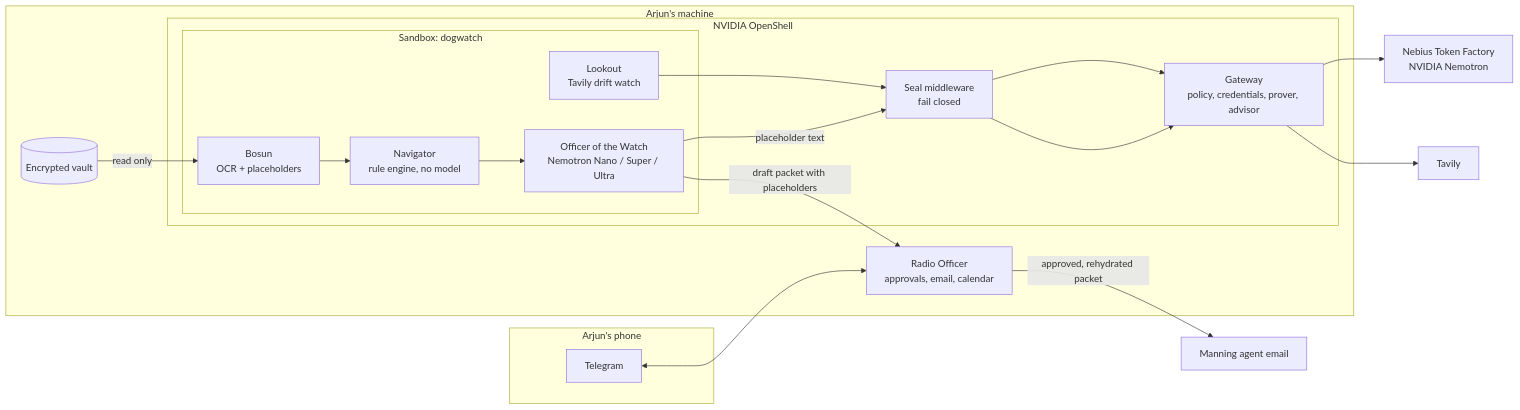
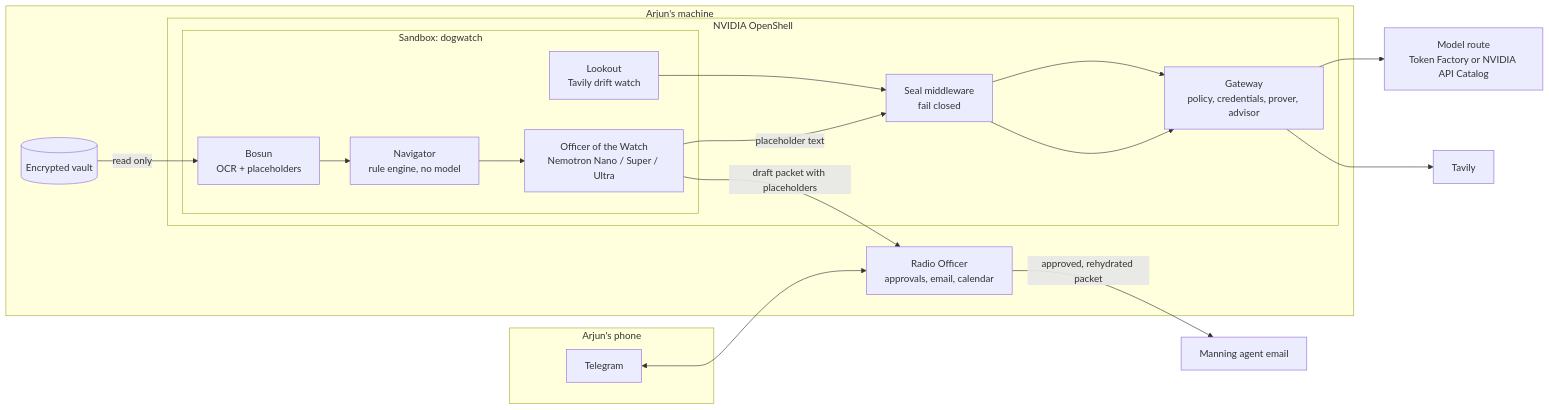
Before and after one commit to 0xkinno/dogwatch: the first of 2 diagrams in README.md, drawn with Mermaid. The commit also changed other lines of this file and 46 other files, not shown here.

````diff
--- a/README.md
+++ b/README.md
@@ -70,29 +73,29 @@
 ```mermaid
 flowchart LR
   subgraph Phone["Arjun's phone"]
     TG[Telegram]
   end
   subgraph Machine["Arjun's machine"]
     RO[Radio Officer<br/>approvals, email, calendar]
     V[(Encrypted vault)]
     subgraph OS["NVIDIA OpenShell"]
       GW[Gateway<br/>policy, credentials, prover, advisor]
       SEAL[Seal middleware<br/>fail closed]
       subgraph SB["Sandbox: dogwatch"]
         B[Bosun<br/>OCR + placeholders]
         N[Navigator<br/>rule engine, no model]
         W[Officer of the Watch<br/>Nemotron Nano / Super / Ultra]
         L[Lookout<br/>Tavily drift watch]
       end
     end
   end
-  TF[Nebius Token Factory<br/>NVIDIA Nemotron]
+  TF[Model route<br/>Token Factory or NVIDIA API Catalog]
   TV[Tavily]
   V -- read only --> B
   B --> N --> W
   W -- placeholder text --> SEAL --> GW --> TF
   L --> SEAL --> GW --> TV
   W -- draft packet with placeholders --> RO
   TG <--> RO
   RO -- approved, rehydrated packet --> Mail[Manning agent email]
 ```
````
